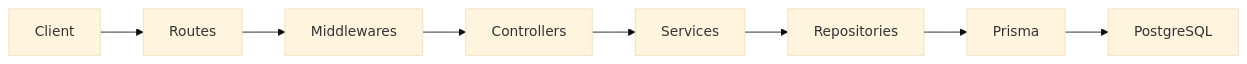
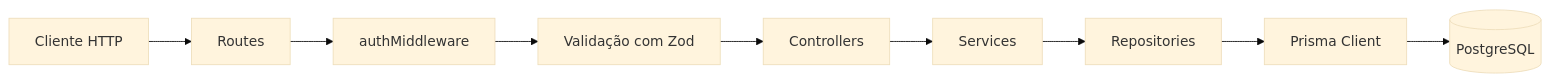
One commit to lucas-bretzke/bext_teste changed the diagram in docs/architecture/architecture.md. Above: the diagram before and after it, drawn with Mermaid (base theme). The commit also changed other lines of this file and 6 other files, not shown here.

Commit message:
feat: enhance architecture documentation, implement authentication flow, and add integration and unit tests for task and list management

````diff
--- a/docs/architecture/architecture.md
+++ b/docs/architecture/architecture.md
@@ -5,10 +7,11 @@
 ```mermaid
 flowchart LR
-  Client --> Routes
-  Routes --> Middlewares
-  Middlewares --> Controllers
-  Controllers --> Services
-  Services --> Repositories
-  Repositories --> Prisma
-  Prisma --> PostgreSQL
+  Client[Cliente HTTP] --> Routes[Routes]
+  Routes --> Auth[authMiddleware]
+  Auth --> Validate[Validação com Zod]
+  Validate --> Controllers[Controllers]
+  Controllers --> Services[Services]
+  Services --> Repositories[Repositories]
+  Repositories --> Prisma[Prisma Client]
+  Prisma --> DB[(PostgreSQL)]
 ```
````
